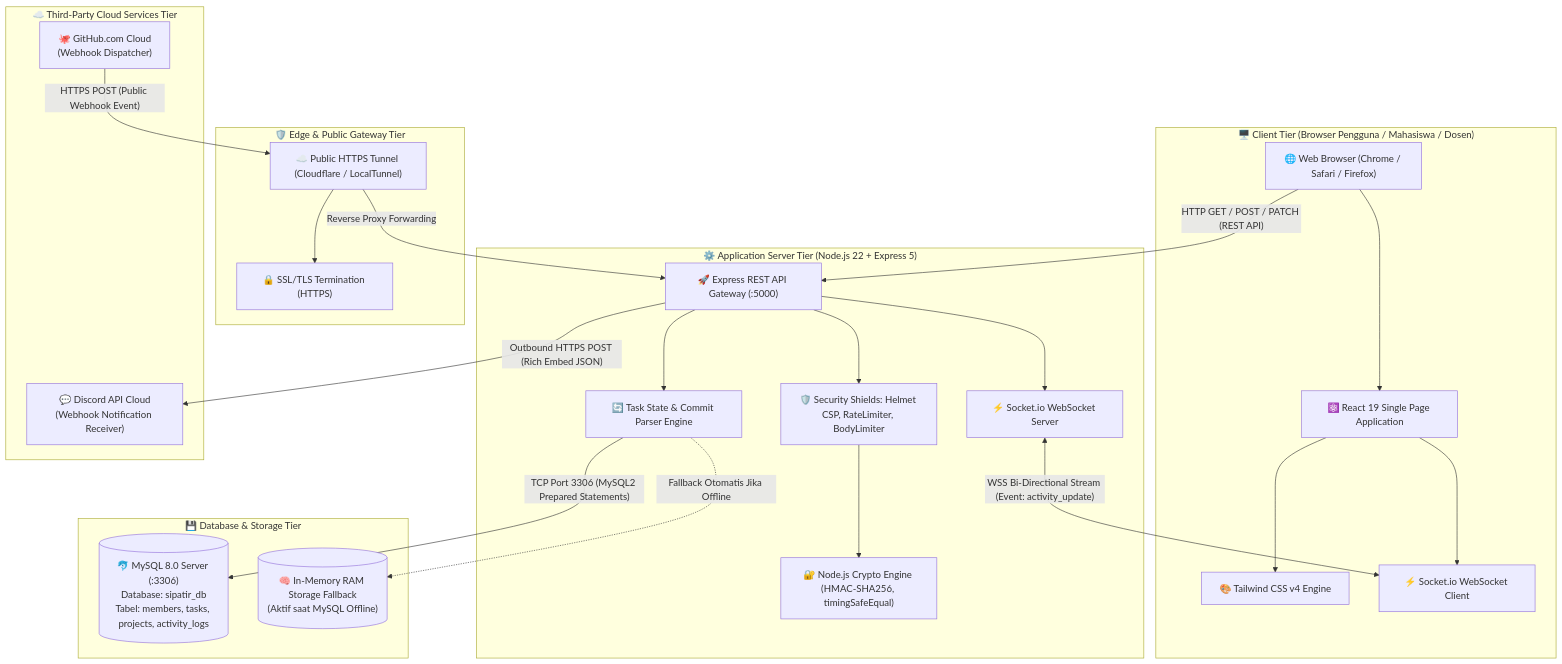
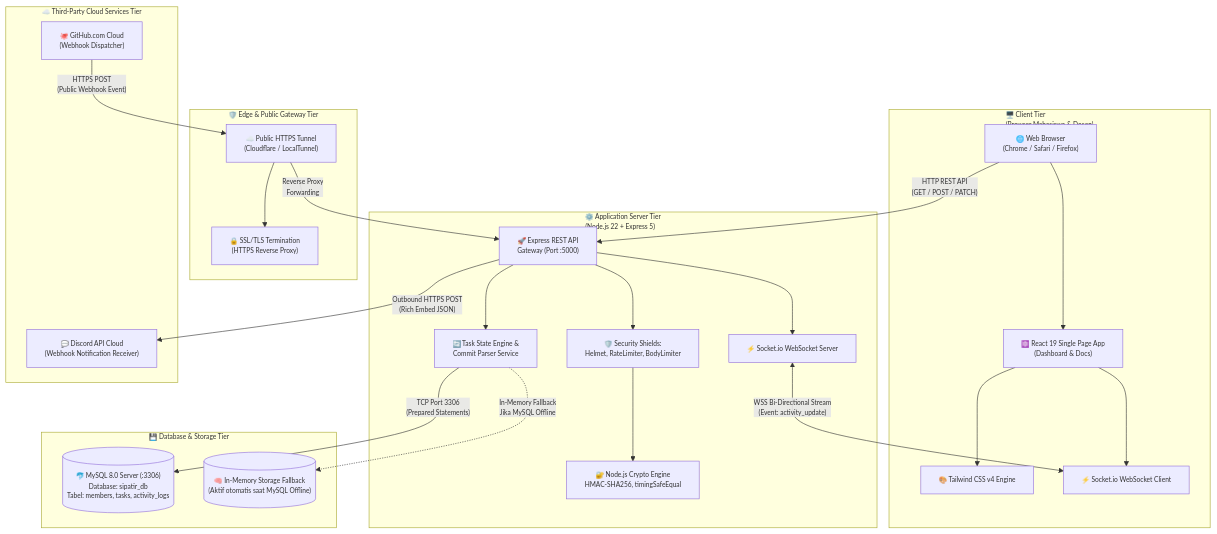
Before and after one commit to denoyey/si-patir: the sixth of 6 diagrams in docs/academic/DIAGRAM-ARSITEKTUR-UML.md, drawn with Mermaid. The commit also changed other lines of this file, not shown here.

Commit message:
docs(uml): add multi-line breaks and font sizing to prevent text truncation

````diff
--- a/docs/academic/DIAGRAM-ARSITEKTUR-UML.md
+++ b/docs/academic/DIAGRAM-ARSITEKTUR-UML.md
@@ -346,53 +348,54 @@
 ```mermaid
+%%{init: {'theme': 'default', 'themeVariables': { 'fontSize': '11px' }}}%%
 flowchart TD
-    subgraph ClientTier ["🖥️ Client Tier (Browser Pengguna / Mahasiswa / Dosen)"]
-        Browser["🌐 Web Browser (Chrome / Safari / Firefox)"]
-        ReactApp["⚛️ React 19 Single Page Application"]
+    subgraph ClientTier ["🖥️ Client Tier<br/>(Browser Mahasiswa & Dosen)"]
+        Browser["🌐 Web Browser<br/>(Chrome / Safari / Firefox)"]
+        ReactApp["⚛️ React 19 Single Page App<br/>(Dashboard & Docs)"]
         Tailwind["🎨 Tailwind CSS v4 Engine"]
         SocketClient["⚡ Socket.io WebSocket Client"]
         Browser --> ReactApp
         ReactApp --> Tailwind
         ReactApp --> SocketClient
     end
 
     subgraph EdgeTier ["🛡️ Edge & Public Gateway Tier"]
-        CloudflareTunnel["☁️ Public HTTPS Tunnel (Cloudflare / LocalTunnel)"]
-        ReverseProxy["🔒 SSL/TLS Termination (HTTPS)"]
+        CloudflareTunnel["☁️ Public HTTPS Tunnel<br/>(Cloudflare / LocalTunnel)"]
+        ReverseProxy["🔒 SSL/TLS Termination<br/>(HTTPS Reverse Proxy)"]
         CloudflareTunnel --> ReverseProxy
     end
 
-    subgraph AppServerTier ["⚙️ Application Server Tier (Node.js 22 + Express 5)"]
-        ExpressApp["🚀 Express REST API Gateway (:5000)"]
-        SecMiddleware["🛡️ Security Shields: Helmet CSP, RateLimiter, BodyLimiter"]
-        CryptoEngine["🔐 Node.js Crypto Engine (HMAC-SHA256, timingSafeEqual)"]
+    subgraph AppServerTier ["⚙️ Application Server Tier<br/>(Node.js 22 + Express 5)"]
+        ExpressApp["🚀 Express REST API<br/>Gateway (Port :5000)"]
+        SecMiddleware["🛡️ Security Shields:<br/>Helmet, RateLimiter, BodyLimiter"]
+        CryptoEngine["🔐 Node.js Crypto Engine<br/>HMAC-SHA256, timingSafeEqual"]
         SocketServer["⚡ Socket.io WebSocket Server"]
-        StateEngine["🔄 Task State & Commit Parser Engine"]
+        StateEngine["🔄 Task State Engine &<br/>Commit Parser Service"]
 
         ExpressApp --> SecMiddleware
         SecMiddleware --> CryptoEngine
         ExpressApp --> StateEngine
         ExpressApp --> SocketServer
     end
 
     subgraph DataTier ["💾 Database & Storage Tier"]
-        MySQLServer[("🐬 MySQL 8.0 Server (:3306)\nDatabase: sipatir_db\nTabel: members, tasks, projects, activity_logs")]
-        MemoryFallback[("🧠 In-Memory RAM Storage Fallback\n(Aktif saat MySQL Offline)")]
+        MySQLServer[("🐬 MySQL 8.0 Server (:3306)<br/>Database: sipatir_db<br/>Tabel: members, tasks, activity_logs")]
+        MemoryFallback[("🧠 In-Memory Storage Fallback<br/>(Aktif otomatis saat MySQL Offline)")]
     end
 
     subgraph ExternalCloudTier ["☁️ Third-Party Cloud Services Tier"]
-        GitHubCloud["🐙 GitHub.com Cloud\n(Webhook Dispatcher)"]
-        DiscordCloud["💬 Discord API Cloud\n(Webhook Notification Receiver)"]
+        GitHubCloud["🐙 GitHub.com Cloud<br/>(Webhook Dispatcher)"]
+        DiscordCloud["💬 Discord API Cloud<br/>(Webhook Notification Receiver)"]
     end
 
     %% Network Connections
-    GitHubCloud -- "HTTPS POST (Public Webhook Event)" --> CloudflareTunnel
-    CloudflareTunnel -- "Reverse Proxy Forwarding" --> ExpressApp
+    GitHubCloud -- "HTTPS POST<br/>(Public Webhook Event)" --> CloudflareTunnel
+    CloudflareTunnel -- "Reverse Proxy<br/>Forwarding" --> ExpressApp
     
-    Browser -- "HTTP GET / POST / PATCH (REST API)" --> ExpressApp
-    SocketServer <-- "WSS Bi-Directional Stream (Event: activity_update)" --> SocketClient
+    Browser -- "HTTP REST API<br/>(GET / POST / PATCH)" --> ExpressApp
+    SocketServer <-- "WSS Bi-Directional Stream<br/>(Event: activity_update)" --> SocketClient
 
-    StateEngine -- "TCP Port 3306 (MySQL2 Prepared Statements)" --> MySQLServer
-    StateEngine -.->|Fallback Otomatis Jika Offline| MemoryFallback
+    StateEngine -- "TCP Port 3306<br/>(Prepared Statements)" --> MySQLServer
+    StateEngine -.->|In-Memory Fallback<br/>Jika MySQL Offline| MemoryFallback
 
-    ExpressApp -- "Outbound HTTPS POST (Rich Embed JSON)" --> DiscordCloud
+    ExpressApp -- "Outbound HTTPS POST<br/>(Rich Embed JSON)" --> DiscordCloud
 ```
````
